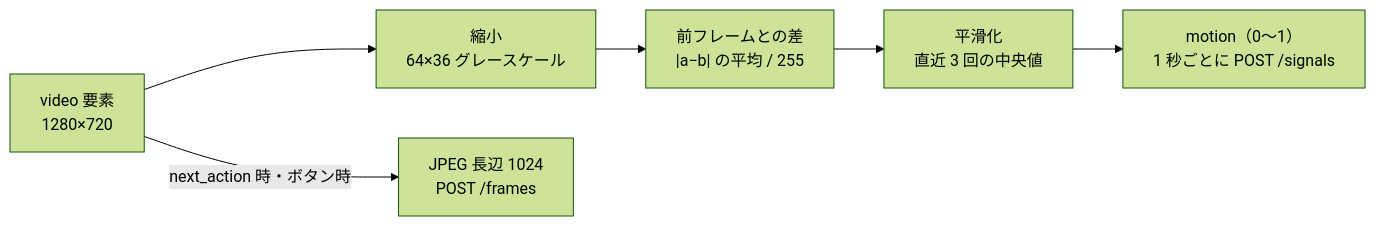
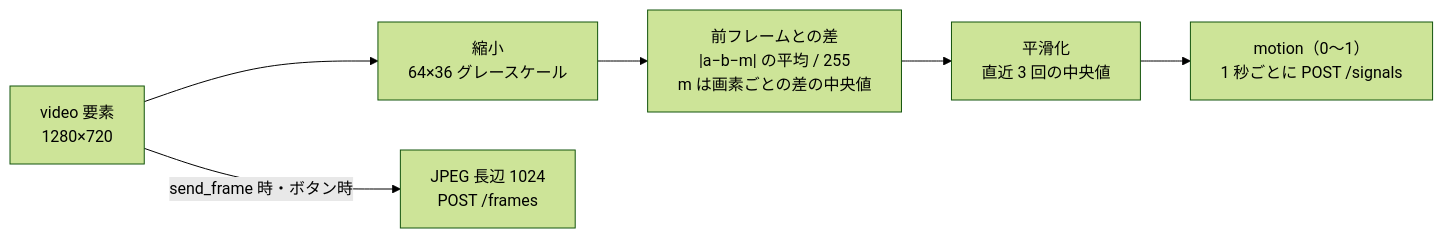
The first of 2 diagrams in docs/04_stuck_detection.md (jphacks/os_2601), drawn with Mermaid (forest theme) before and after one commit. The commit also changed other lines of this file and 9 other files, not shown here.

````diff
--- a/docs/04_stuck_detection.md
+++ b/docs/04_stuck_detection.md
@@ -12,8 +12,8 @@
 ```mermaid
 flowchart LR
   CAM["video 要素<br/>1280×720"] --> DS["縮小<br/>64×36 グレースケール"]
-  DS --> DIFF["前フレームとの差<br/>|a−b| の平均 / 255"]
+  DS --> DIFF["前フレームとの差<br/>|a−b−m| の平均 / 255<br/>m は画素ごとの差の中央値"]
   DIFF --> SM["平滑化<br/>直近 3 回の中央値"]
   SM --> SIG["motion（0〜1）<br/>1 秒ごとに POST /signals"]
-  CAM -->|"next_action 時・ボタン時"| JPG["JPEG 長辺 1024<br/>POST /frames"]
+  CAM -->|"send_frame 時・ボタン時"| JPG["JPEG 長辺 1024<br/>POST /frames"]
 ```
````
